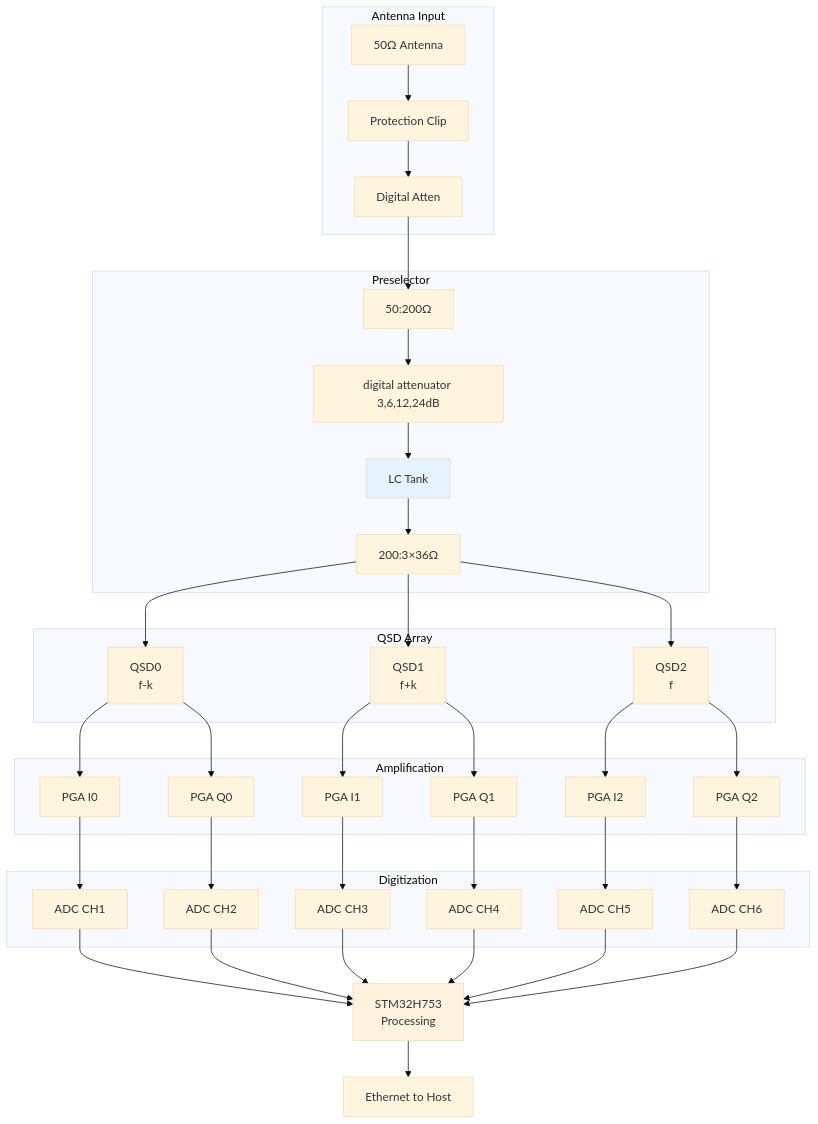
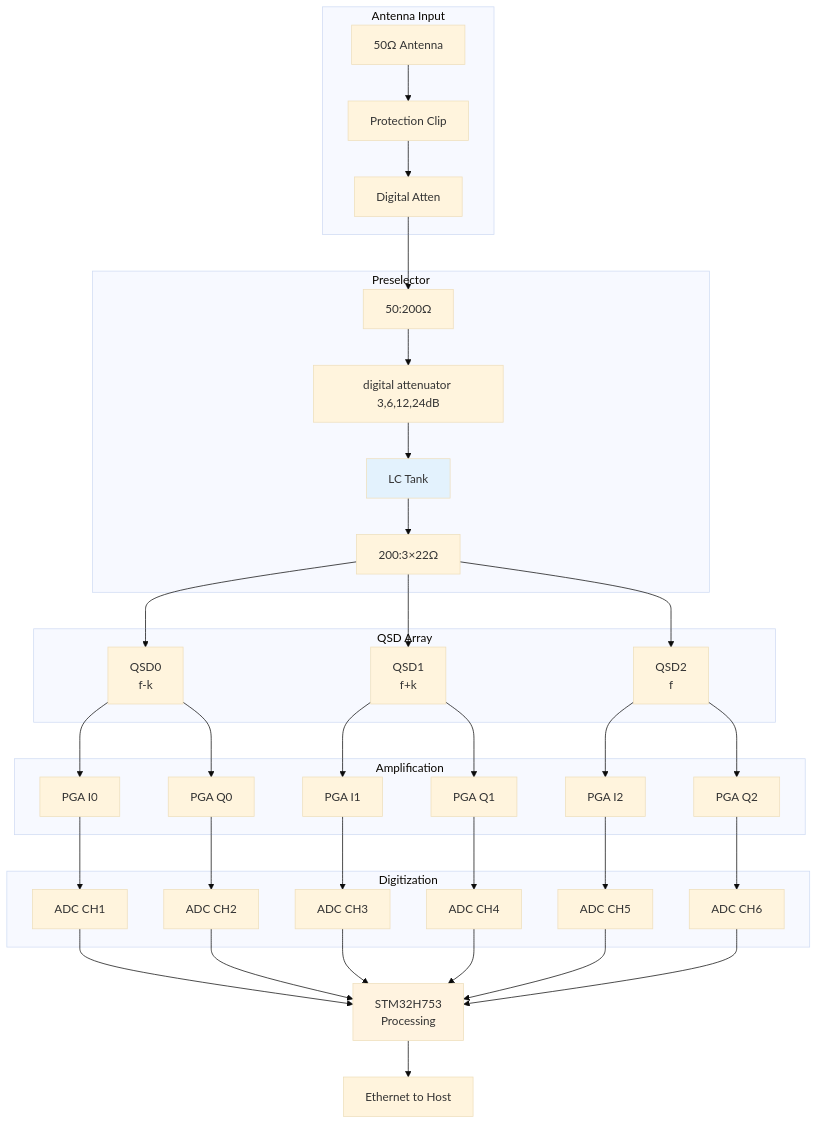
One commit to alanmimms/NexRx changed the third of 3 diagrams in doc/RX-ARCHITECTURE.md. Above: the diagram before and after it, drawn with Mermaid (base theme). The commit also changed other lines of this file and 10 other files, not shown here.

````diff
--- a/doc/RX-ARCHITECTURE.md
+++ b/doc/RX-ARCHITECTURE.md
@@ -621,50 +588,50 @@
 ```mermaid
 graph TB
     subgraph Antenna Input
         A1[50Ω Antenna] --> A2[Protection Clip]
         A2 --> A3[Digital Atten]
     end
     
     subgraph Preselector
         A3 --> B0[50:200Ω]
 	    B0 --> B1[digital attenuator 3,6,12,24dB]
         B1 --> B2[LC Tank]
-        B2 --> B3[200:3×36Ω]
+        B2 --> B3[200:3×22Ω]
     end
     
     subgraph QSD Array
         B3 --> C1[QSD0<br/>f-k]
         B3 --> C2[QSD1<br/>f+k]
         B3 --> C3[QSD2<br/>f]
     end
     
     subgraph Amplification
         C1 --> D1[PGA I0]
         C1 --> D2[PGA Q0]
         C2 --> D3[PGA I1]
         C2 --> D4[PGA Q1]
         C3 --> D5[PGA I2]
         C3 --> D6[PGA Q2]
     end
     
     subgraph Digitization
         D1 --> E1[ADC CH1]
         D2 --> E2[ADC CH2]
         D3 --> E3[ADC CH3]
         D4 --> E4[ADC CH4]
         D5 --> E5[ADC CH5]
         D6 --> E6[ADC CH6]
     end
     
     E1 --> F[STM32H753<br/>Processing]
     E2 --> F
     E3 --> F
     E4 --> F
     E5 --> F
     E6 --> F
     
     F --> G[Ethernet to Host]
     
     style B2 fill:#e3f2fd
     style F fill:#fff3e0
 ```
````
